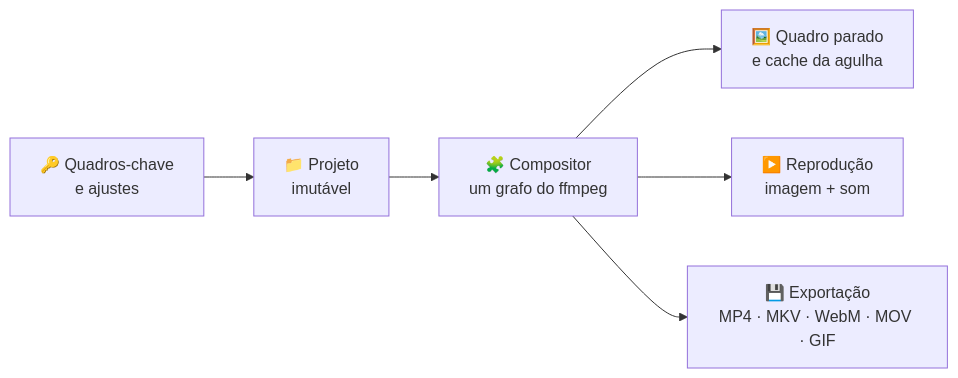
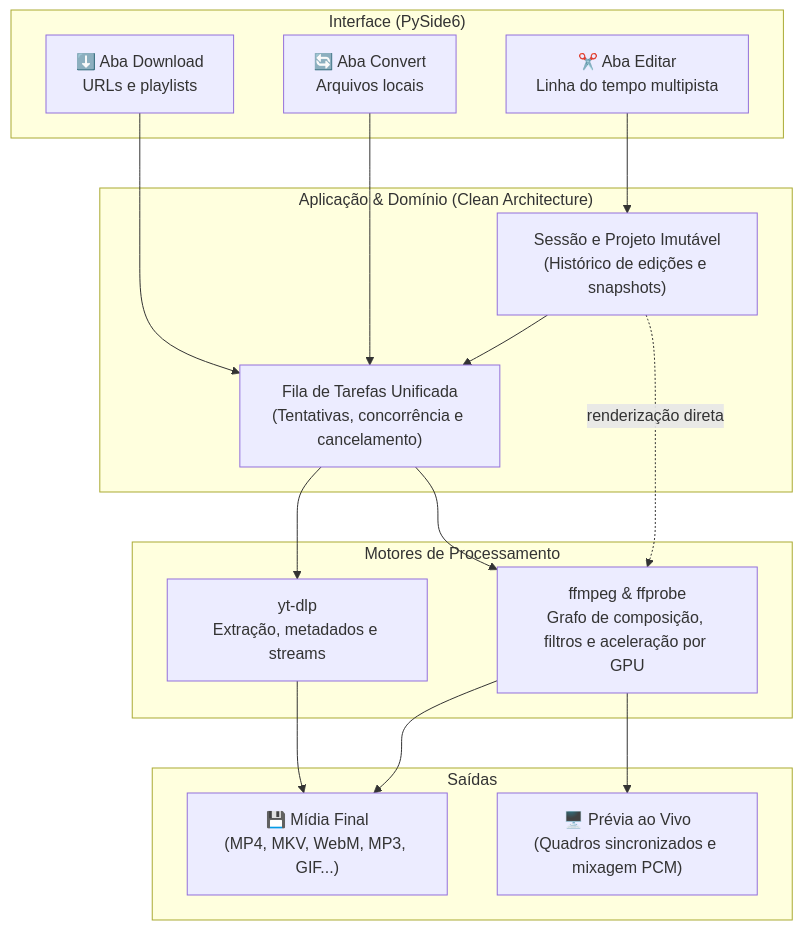
The diagram in README.md (GianBala/VideoManager), drawn with Mermaid before and after one commit. The commit also changed other lines of this file and 9 other files, not shown here.

````diff
--- a/README.md
+++ b/README.md
@@ -148,8 +139,36 @@
 ```mermaid
-flowchart LR
-    K["🔑 Quadros-chave<br/>e ajustes"] --> P["📁 Projeto<br/>imutável"]
-    P --> C["🧩 Compositor<br/>um grafo do ffmpeg"]
-    C --> A["🖼️ Quadro parado<br/>e cache da agulha"]
-    C --> B["▶️ Reprodução<br/>imagem + som"]
-    C --> E["💾 Exportação<br/>MP4 · MKV · WebM · MOV · GIF"]
+flowchart TD
+    subgraph UI["Interface (PySide6)"]
+        D["⬇️ Aba Download<br/>URLs e playlists"]
+        C["🔄 Aba Convert<br/>Arquivos locais"]
+        E["✂️ Aba Editar<br/>Linha do tempo multipista"]
+    end
+
+    subgraph Core["Aplicação & Domínio (Clean Architecture)"]
+        Queue["Fila de Tarefas Unificada<br/>(Tentativas, concorrência e cancelamento)"]
+        Session["Sessão e Projeto Imutável<br/>(Histórico de edições e snapshots)"]
+    end
+
+    subgraph Engines["Motores de Processamento"]
+        YTDLP["yt-dlp<br/>Extração, metadados e streams"]
+        FFMPEG["ffmpeg & ffprobe<br/>Grafo de composição, filtros e aceleração por GPU"]
+    end
+
+    subgraph Outputs["Saídas"]
+        Files["💾 Mídia Final<br/>(MP4, MKV, WebM, MP3, GIF...)"]
+        Preview["🖥️ Prévia ao Vivo<br/>(Quadros sincronizados e mixagem PCM)"]
+    end
+
+    D --> Queue
+    C --> Queue
+    E --> Session
+    Session --> Queue
+
+    Queue --> YTDLP
+    Queue --> FFMPEG
+    Session -.->|renderização direta| FFMPEG
+
+    YTDLP --> Files
+    FFMPEG --> Files
+    FFMPEG --> Preview
 ```
````
